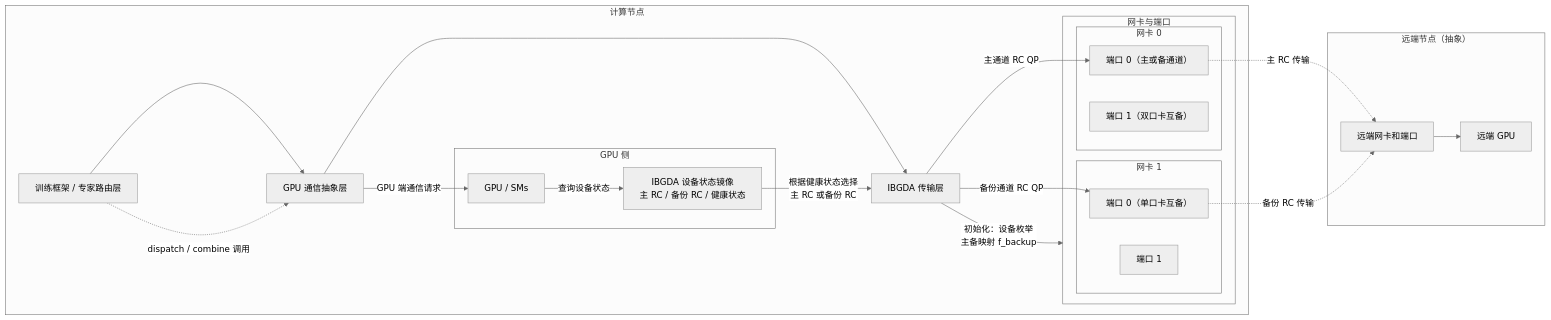
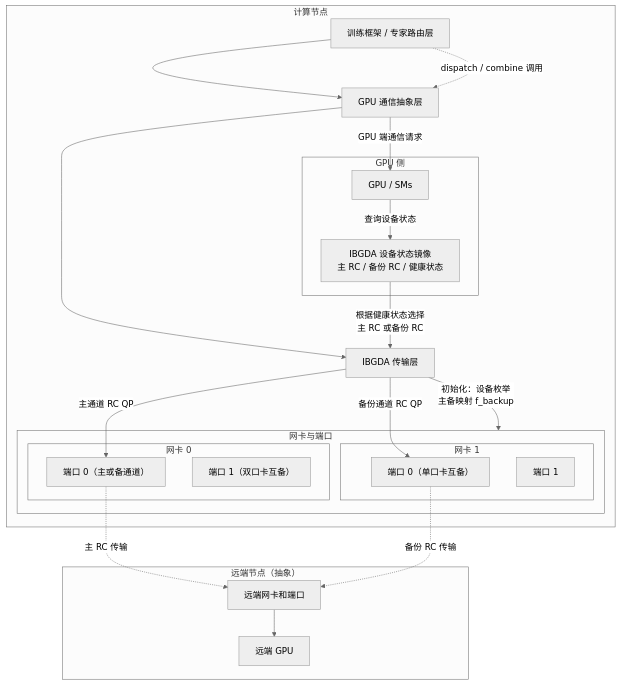
One commit to leoda1/Obnotes changed the diagram in content/Big Feature/DeepEP Fault Tolerance/Support DeepEP Fault Tolerance.md. Above: the diagram before and after it, drawn with Mermaid. The commit also changed other lines of this file and 4 other files, not shown here.

````diff
--- a/content/Big Feature/DeepEP Fault Tolerance/Support DeepEP Fault Tolerance.md
+++ b/content/Big Feature/DeepEP Fault Tolerance/Support DeepEP Fault Tolerance.md
@@ -107,50 +300,50 @@
 ```mermaid
 ---
 config:
   theme: 'neutral'
 ---
-graph LR
+graph TB
     subgraph HostNode[计算节点]
         App[训练框架 / 专家路由层]
         CommAbstraction[GPU 通信抽象层]
         IBGDA[IBGDA 传输层]
 
         subgraph GPUblk[GPU 侧]
             GPU[GPU / SMs]
             DevState[IBGDA 设备状态镜像<br/>主 RC / 备份 RC / 健康状态]
         end
 
         subgraph NICblk[网卡与端口]
             subgraph NIC0[网卡 0]
                 P0_0[端口 0（主或备通道）]
                 P0_1[端口 1（双口卡互备）]
             end
             subgraph NIC1[网卡 1]
                 P1_0[端口 0（单口卡互备）]
                 P1_1[端口 1]
             end
         end
     end
 
     subgraph Remote[远端节点（抽象）]
         RGPU[远端 GPU]
         RNIC[远端网卡和端口]
     end
 
     App --> CommAbstraction --> IBGDA
     IBGDA -->|初始化：设备枚举<br/>主备映射 f_backup| NICblk
 
     App -. dispatch / combine 调用 .-> CommAbstraction
     CommAbstraction -->|GPU 端通信请求| GPU
     GPU -->|查询设备状态| DevState
 
     DevState -->|根据健康状态选择<br/>主 RC 或备份 RC| IBGDA
 
     IBGDA -->|主通道 RC QP| P0_0
     IBGDA -->|备份通道 RC QP| P1_0
 
     P0_0 -. 主 RC 传输 .-> RNIC
     P1_0 -. 备份 RC 传输 .-> RNIC
 
     RNIC --> RGPU
 ```
````
